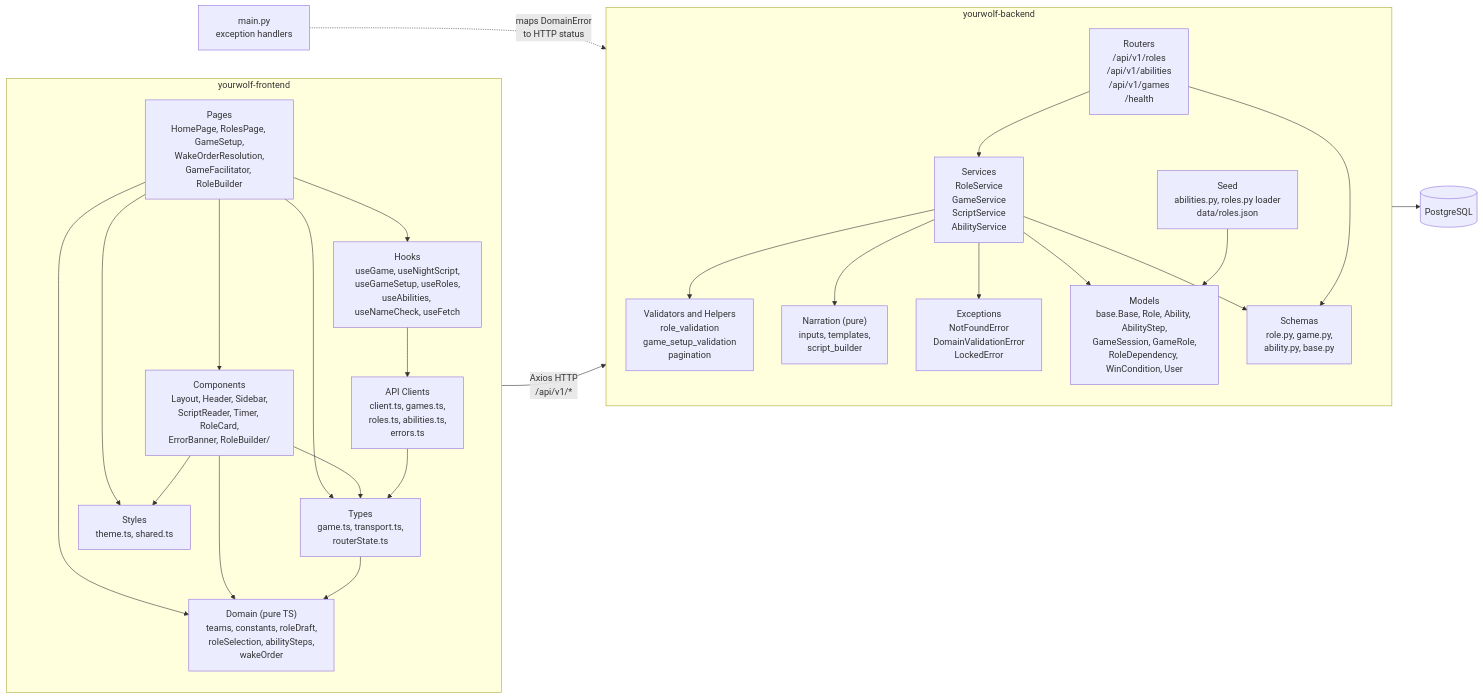
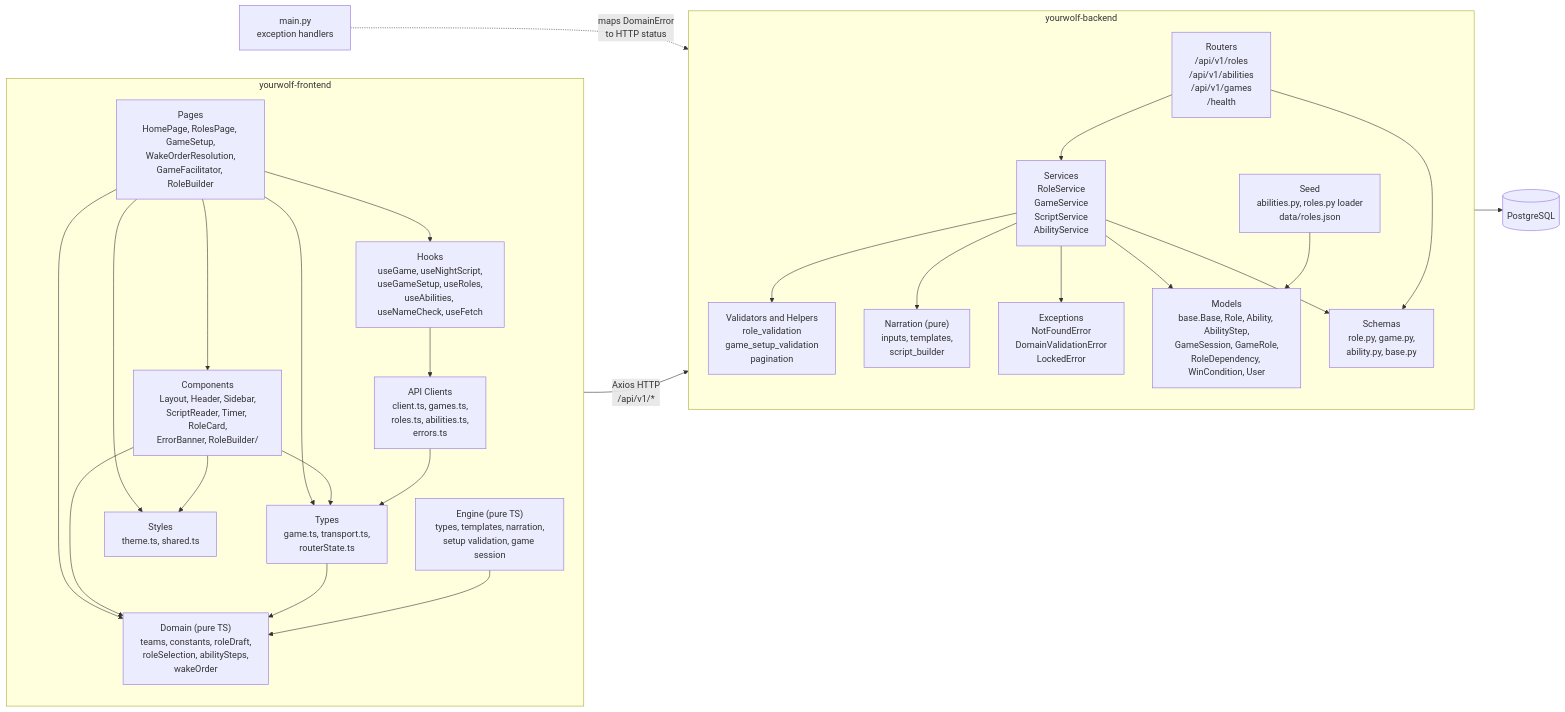
The second of 3 diagrams in docs/ARCHITECTURE.md (threnjen/yourwolf-monorepo), drawn with Mermaid before and after one commit. The commit also changed other lines of this file and 61 other files, not shown here.

First line of the commit message:
Phase/phase 04 client side game engine (#14)

````diff
--- a/docs/ARCHITECTURE.md
+++ b/docs/ARCHITECTURE.md
@@ -30,51 +32,54 @@
 ```mermaid
+%% Current frontend and backend modules with their dependency direction.
 flowchart LR
     subgraph Frontend["yourwolf-frontend"]
         direction TB
         Pages["Pages<br>HomePage, RolesPage, GameSetup,<br>WakeOrderResolution,<br>GameFacilitator, RoleBuilder"]
         Components["Components<br>Layout, Header, Sidebar,<br>ScriptReader, Timer, RoleCard,<br>ErrorBanner, RoleBuilder/"]
         Hooks["Hooks<br>useGame, useNightScript,<br>useGameSetup, useRoles,<br>useAbilities, useNameCheck, useFetch"]
         API["API Clients<br>client.ts, games.ts,<br>roles.ts, abilities.ts,<br>errors.ts"]
         Types["Types<br>game.ts, transport.ts,<br>routerState.ts"]
         Domain["Domain (pure TS)<br>teams, constants, roleDraft,<br>roleSelection, abilitySteps,<br>wakeOrder"]
+        Engine["Engine (pure TS)<br>types, templates, narration,<br>setup validation, game session"]
         Styles["Styles<br>theme.ts, shared.ts"]
 
         Pages --> Components
         Pages --> Hooks
         Hooks --> API
         Pages --> Types
         Components --> Types
         API --> Types
         Pages --> Domain
         Components --> Domain
         Types --> Domain
+        Engine --> Domain
         Pages --> Styles
         Components --> Styles
     end
 
     subgraph Backend["yourwolf-backend"]
         direction TB
         Routers["Routers<br>/api/v1/roles<br>/api/v1/abilities<br>/api/v1/games<br>/health"]
         Services["Services<br>RoleService<br>GameService<br>ScriptService<br>AbilityService"]
         Validators["Validators and Helpers<br>role_validation<br>game_setup_validation<br>pagination"]
         Narration["Narration (pure)<br>inputs, templates,<br>script_builder"]
         Exceptions["Exceptions<br>NotFoundError<br>DomainValidationError<br>LockedError"]
         Models["Models<br>base.Base, Role, Ability, AbilityStep,<br>GameSession, GameRole,<br>RoleDependency, WinCondition, User"]
         Schemas["Schemas<br>role.py, game.py,<br>ability.py, base.py"]
         Seed["Seed<br>abilities.py, roles.py loader<br>data/roles.json"]
 
         Routers --> Services
         Services --> Validators
         Services --> Narration
         Services --> Exceptions
         Services --> Models
         Routers --> Schemas
         Services --> Schemas
         Seed --> Models
     end
 
     Main["main.py<br>exception handlers"] -.->|"maps DomainError<br>to HTTP status"| Exceptions
 
     API -->|"Axios HTTP<br>/api/v1/*"| Routers
     Models --> DB[(PostgreSQL)]
 ```
````
